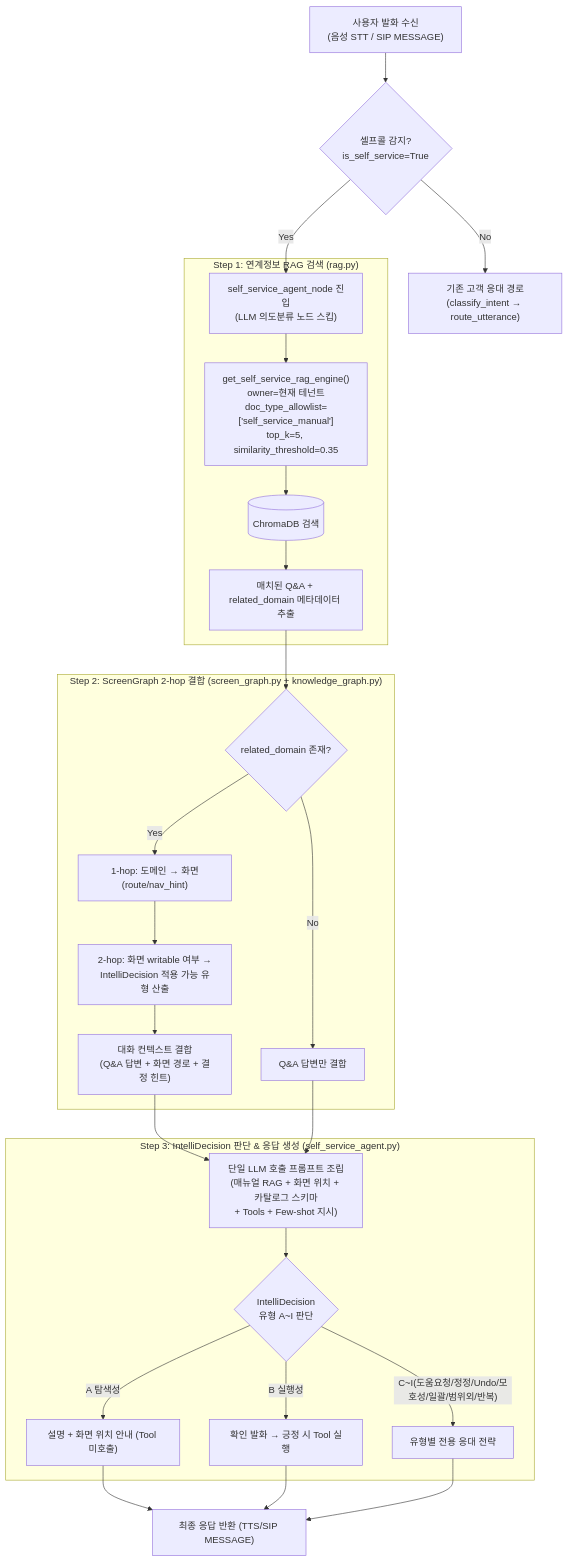
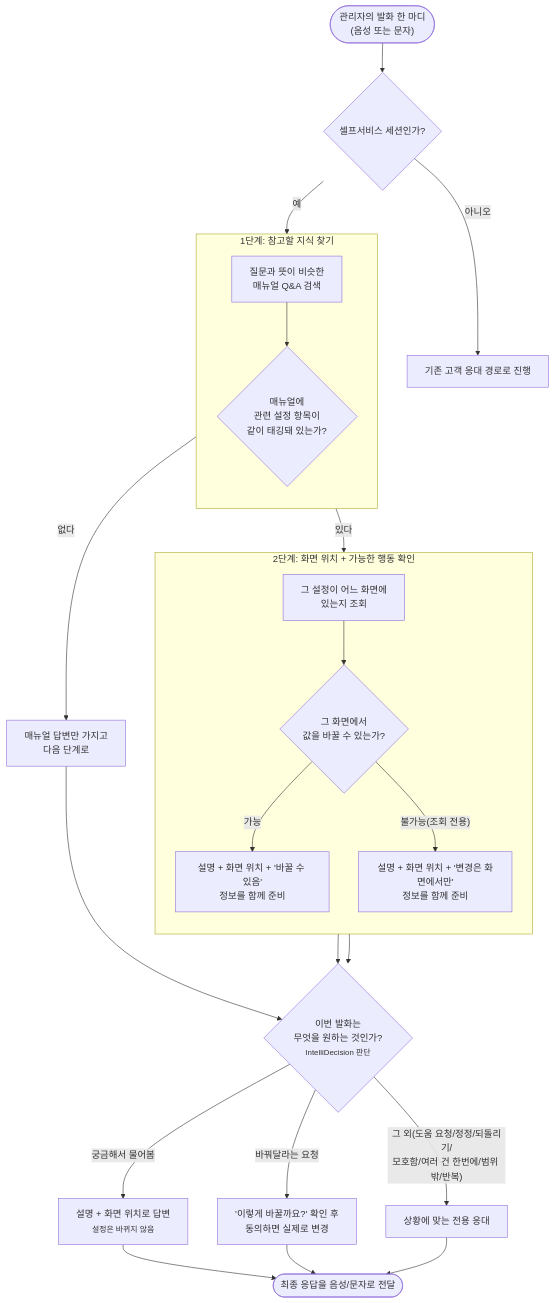
Before and after one commit to hak023/sip_pbx: the third of 7 diagrams in docs/presentation/self-service-ai-assistant-introduction.md, drawn with Mermaid. The commit also changed other lines of this file, not shown here.

Commit message:
docs: make architecture diagrams role-based and readable (skip SIP INVITE, label branch conditions)

````diff
--- a/docs/presentation/self-service-ai-assistant-introduction.md
+++ b/docs/presentation/self-service-ai-assistant-introduction.md
@@ -289,31 +249,35 @@
 ```mermaid
 flowchart TD
-    UserQuery["사용자 발화 수신<br/>(음성 STT / SIP MESSAGE)"] --> Detect{"셀프콜 감지?<br/>is_self_service=True"}
+    UserQuery(["관리자의 발화 한 마디<br/>(음성 또는 문자)"]) --> Detect{"셀프서비스 세션인가?"}
 
-    Detect -->|Yes| SSA["self_service_agent_node 진입<br/>(LLM 의도분류 노드 스킵)"]
-    Detect -->|No| Normal["기존 고객 응대 경로<br/>(classify_intent → route_utterance)"]
+    Detect -->|"아니오"| Normal["기존 고객 응대 경로로 진행"]
+    Detect -->|"예"| Step1
 
-    subgraph RAGStep["Step 1: 연계정보 RAG 검색 (rag.py)"]
-        SSA --> RAGSearch["get_self_service_rag_engine()<br/>owner=현재 테넌트<br/>doc_type_allowlist=['self_service_manual']<br/>top_k=5, similarity_threshold=0.35"]
-        RAGSearch --> ChromaFetch[("ChromaDB 검색")]
-        ChromaFetch --> MatchQA["매치된 Q&A + related_domain 메타데이터 추출"]
+    subgraph Step1["1단계: 참고할 지식 찾기"]
+        direction TB
+        RAGSearch["질문과 뜻이 비슷한<br/>매뉴얼 Q&A 검색"]
+        RAGSearch --> MatchQA{"매뉴얼에<br/>관련 설정 항목이<br/>같이 태깅돼 있는가?"}
     end
 
-    subgraph SGStep["Step 2: ScreenGraph 2-hop 결합 (screen_graph.py + knowledge_graph.py)"]
-        MatchQA --> DomainCheck{"related_domain 존재?"}
-        DomainCheck -->|Yes| Hop1["1-hop: 도메인 → 화면(route/nav_hint)"]
-        Hop1 --> Hop2["2-hop: 화면 writable 여부 →<br/>IntelliDecision 적용 가능 유형 산출"]
-        Hop2 --> MergeContext["대화 컨텍스트 결합<br/>(Q&A 답변 + 화면 경로 + 결정 힌트)"]
-        DomainCheck -->|No| PlainContext["Q&A 답변만 결합"]
+    MatchQA -->|"있다"| Step2
+    MatchQA -->|"없다"| Step3Plain["매뉴얼 답변만 가지고<br/>다음 단계로"]
+
+    subgraph Step2["2단계: 화면 위치 + 가능한 행동 확인"]
+        direction TB
+        Hop1["그 설정이 어느 화면에<br/>있는지 조회"]
+        Hop1 --> Hop2{"그 화면에서<br/>값을 바꿀 수 있는가?"}
+        Hop2 -->|"가능"| MergeContext["설명 + 화면 위치 + '바꿀 수 있음'<br/>정보를 함께 준비"]
+        Hop2 -->|"불가능(조회 전용)"| MergeContext2["설명 + 화면 위치 + '변경은 화면에서만'<br/>정보를 함께 준비"]
     end
 
-    subgraph LLMStep["Step 3: IntelliDecision 판단 & 응답 생성 (self_service_agent.py)"]
-        MergeContext & PlainContext --> LLMPrompt["단일 LLM 호출 프롬프트 조립<br/>(매뉴얼 RAG + 화면 위치 + 카탈로그 스키마<br/>+ Tools + Few-shot 지시)"]
-        LLMPrompt --> IntelliDec{"IntelliDecision<br/>유형 A~I 판단"}
-        IntelliDec -->|A 탐색성| AnsA["설명 + 화면 위치 안내 (Tool 미호출)"]
-        IntelliDec -->|B 실행성| AnsB["확인 발화 → 긍정 시 Tool 실행"]
-        IntelliDec -->|"C~I(도움요청/정정/Undo/모호성/일괄/범위외/반복)"| AnsOther["유형별 전용 응대 전략"]
-    end
+    Step3Plain --> Judge
+    MergeContext --> Judge
+    MergeContext2 --> Judge
 
-    AnsA & AnsB & AnsOther --> Reply["최종 응답 반환 (TTS/SIP MESSAGE)"]
+    Judge{"이번 발화는<br/>무엇을 원하는 것인가?<br/><small>IntelliDecision 판단</small>"}
+    Judge -->|"궁금해서 물어봄"| AnsA["설명 + 화면 위치로 답변<br/><small>설정은 바뀌지 않음</small>"]
+    Judge -->|"바꿔달라는 요청"| AnsB["'이렇게 바꿀까요?' 확인 후<br/>동의하면 실제로 변경"]
+    Judge -->|"그 외(도움 요청/정정/되돌리기/<br/>모호함/여러 건 한번에/범위 밖/반복)"| AnsOther["상황에 맞는 전용 응대"]
+
+    AnsA & AnsB & AnsOther --> Reply(["최종 응답을 음성/문자로 전달"])
 ```
````
